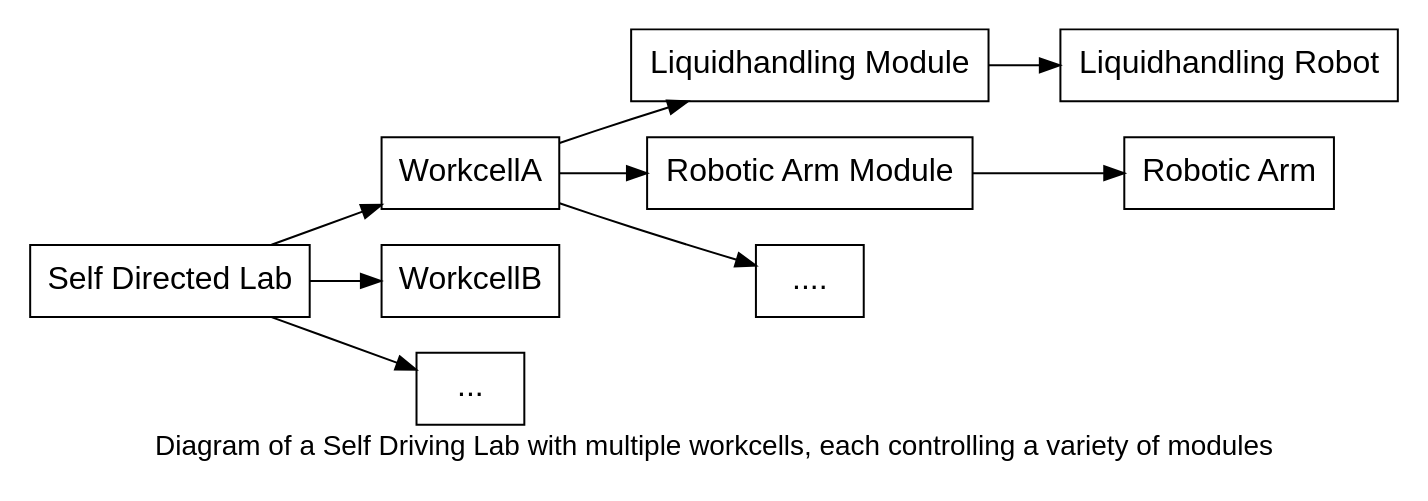
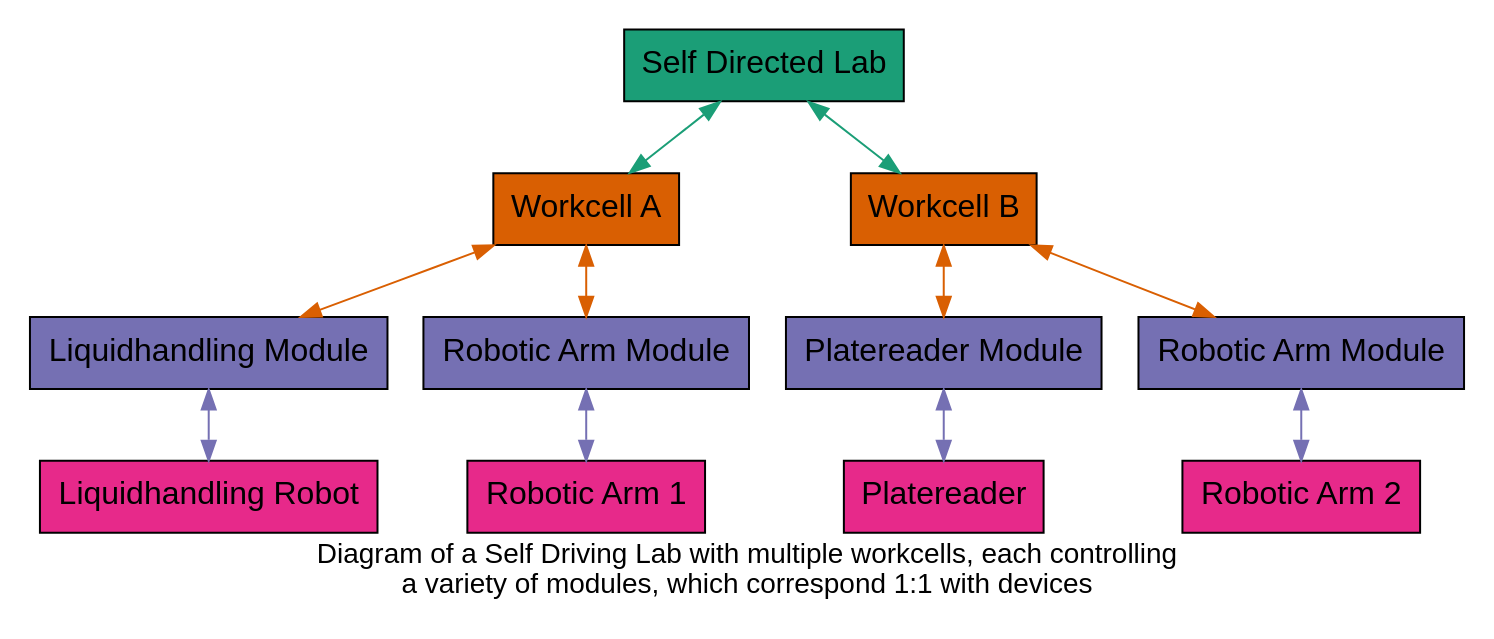
Before and after one commit to AD-SDL/wei: the diagram in docs/source/graphs/sdl_architecture_example.dot, drawn with Graphviz. The commit also changed 6 other files, not shown here.

```diff
--- a/docs/source/graphs/sdl_architecture_example.dot
+++ b/docs/source/graphs/sdl_architecture_example.dot
@@ -1,27 +1,86 @@
 strict digraph sdl_architecture_example {
     //Formatting
     fontname="Helvetica,Arial,sans-serif"
     node [fontname="Helvetica,Arial,sans-serif"]
     edge [fontname="Helvetica,Arial,sans-serif"]
     graph [
-        rankdir = "LR"
+        rankdir = "TD"
         pad = 0.1;
     ];
     node [
         fontsize = "16"
         shape = "box"
+        colorscheme = "dark28" //https://graphviz.org/doc/info/colors.html#brewer
+        style = "filled"
     ];
     edge [
+        style = "filled"
+        colorscheme = "dark28" //https://graphviz.org/doc/info/colors.html#brewer
     ];
 
-    "Self Directed Lab" -> {WorkcellA WorkcellB "..."};
-    WorkcellA -> {"Liquidhandling Module" "Robotic Arm Module" "...."};
+    //Nodes
+    SDL [
+        label = "Self Directed Lab"
+        fillcolor=1
+    ]
 
-    "Liquidhandling Module" -> "Liquidhandling Robot"
+    WA [
+        label = "Workcell A"
+        fillcolor=2
+    ]
+    WB [
+        label = "Workcell B"
+        fillcolor=2
+    ]
 
-    "Robotic Arm Module" -> "Robotic Arm"
+    M1 [
+        label = "Liquidhandling Module"
+        fillcolor=3
+    ]
+    M2 [
+        label = "Robotic Arm Module"
+        fillcolor=3
+    ]
+    M3 [
+        label = "Platereader Module"
+        fillcolor=3
+    ]
+    M4 [
+        label = "Robotic Arm Module"
+        fillcolor=3
+    ]
 
-    label="Diagram of a Self Driving Lab with multiple workcells, each controlling a variety of modules";
+    D1 [
+        label = "Liquidhandling Robot"
+        fillcolor = 4
+    ]
+    D2 [
+        label = "Robotic Arm 1"
+        fillcolor = 4
+    ]
+    D3 [
+        label = "Platereader"
+        fillcolor = 4
+    ]
+    D4 [
+        label = "Robotic Arm 2"
+        fillcolor = 4
+    ]
+
+    //Edges
+    SDL -> {WA WB} [dir=both color=1];
+
+    WA -> {M1 M2} [dir=both color=2];
+    WB -> {M3 M4} [dir=both color=2]
+
+    M1 -> D1 [dir=both color=3]
+    M2 -> D2 [dir=both color=3]
+    M3 -> D3 [dir=both color=3]
+    M4 -> D4 [dir=both color=3]
+
+
+    //Graph
+    label="Diagram of a Self Driving Lab with multiple workcells, each controlling \na variety of modules, which correspond 1:1 with devices";
     labelloc=bottom;
     labeljust=center;
 }
```
